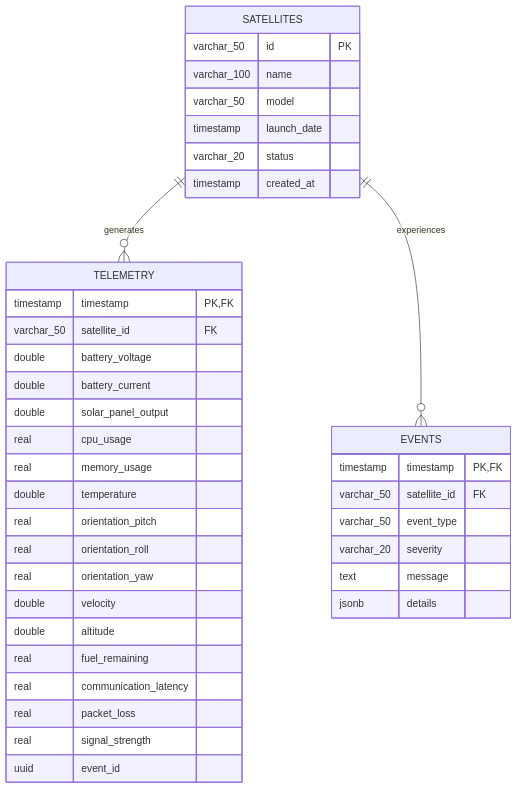
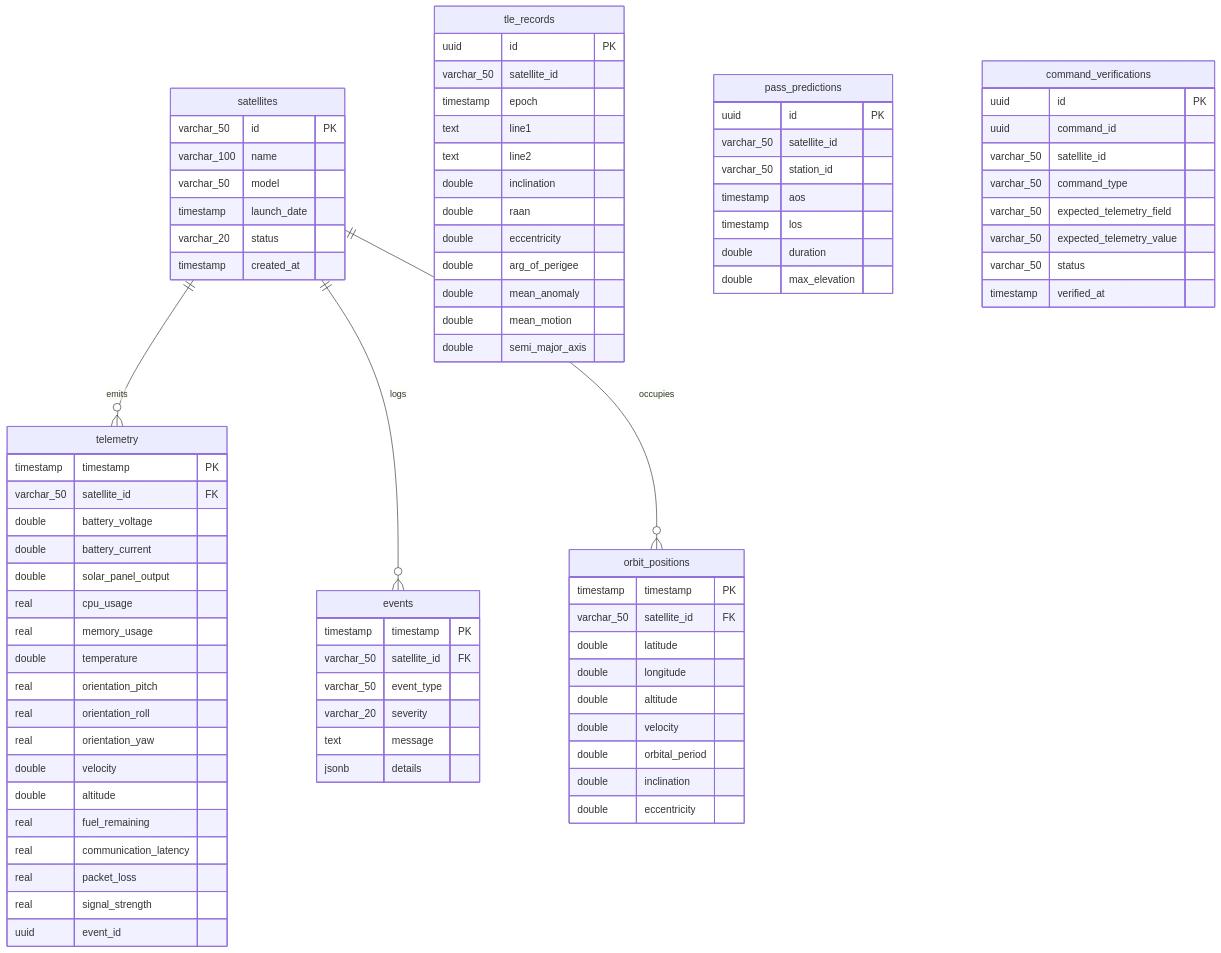
The diagram in docs/design/database_design.md (sarkarbikram90/OrbitLogs), drawn with Mermaid before and after one commit. The commit also changed other lines of this file and 11 other files, not shown here.

Commit message:
docs: update and rewrite all architecture, design, operations, and testing strategy markdown documents for v4.0.0

````diff
--- a/docs/design/database_design.md
+++ b/docs/design/database_design.md
@@ -11,6 +12,6 @@
 ```mermaid
 erDiagram
-    SATELLITES {
+    satellites {
         varchar_50 id PK
         varchar_100 name
         varchar_50 model
@@ -18,8 +19,8 @@
         varchar_20 status
         timestamp created_at
     }
-    TELEMETRY {
-        timestamp timestamp PK, FK
+    telemetry {
+        timestamp timestamp PK
         varchar_50 satellite_id FK
         double battery_voltage
         double battery_current
@@ -38,14 +39,60 @@
         real signal_strength
         uuid event_id
     }
-    EVENTS {
-        timestamp timestamp PK, FK
+    events {
+        timestamp timestamp PK
         varchar_50 satellite_id FK
         varchar_50 event_type
         varchar_20 severity
         text message
         jsonb details
     }
-    SATELLITES ||--o{ TELEMETRY : "generates"
-    SATELLITES ||--o{ EVENTS : "experiences"
+    orbit_positions {
+        timestamp timestamp PK
+        varchar_50 satellite_id FK
+        double latitude
+        double longitude
+        double altitude
+        double velocity
+        double orbital_period
+        double inclination
+        double eccentricity
+    }
+    tle_records {
+        uuid id PK
+        varchar_50 satellite_id
+        timestamp epoch
+        text line1
+        text line2
+        double inclination
+        double raan
+        double eccentricity
+        double arg_of_perigee
+        double mean_anomaly
+        double mean_motion
+        double semi_major_axis
+    }
+    pass_predictions {
+        uuid id PK
+        varchar_50 satellite_id
+        varchar_50 station_id
+        timestamp aos
+        timestamp los
+        double duration
+        double max_elevation
+    }
+    command_verifications {
+        uuid id PK
+        uuid command_id
+        varchar_50 satellite_id
+        varchar_50 command_type
+        varchar_50 expected_telemetry_field
+        varchar_50 expected_telemetry_value
+        varchar_50 status
+        timestamp verified_at
+    }
+
+    satellites ||--o{ telemetry : "emits"
+    satellites ||--o{ events : "logs"
+    satellites ||--o{ orbit_positions : "occupies"
 ```
````
